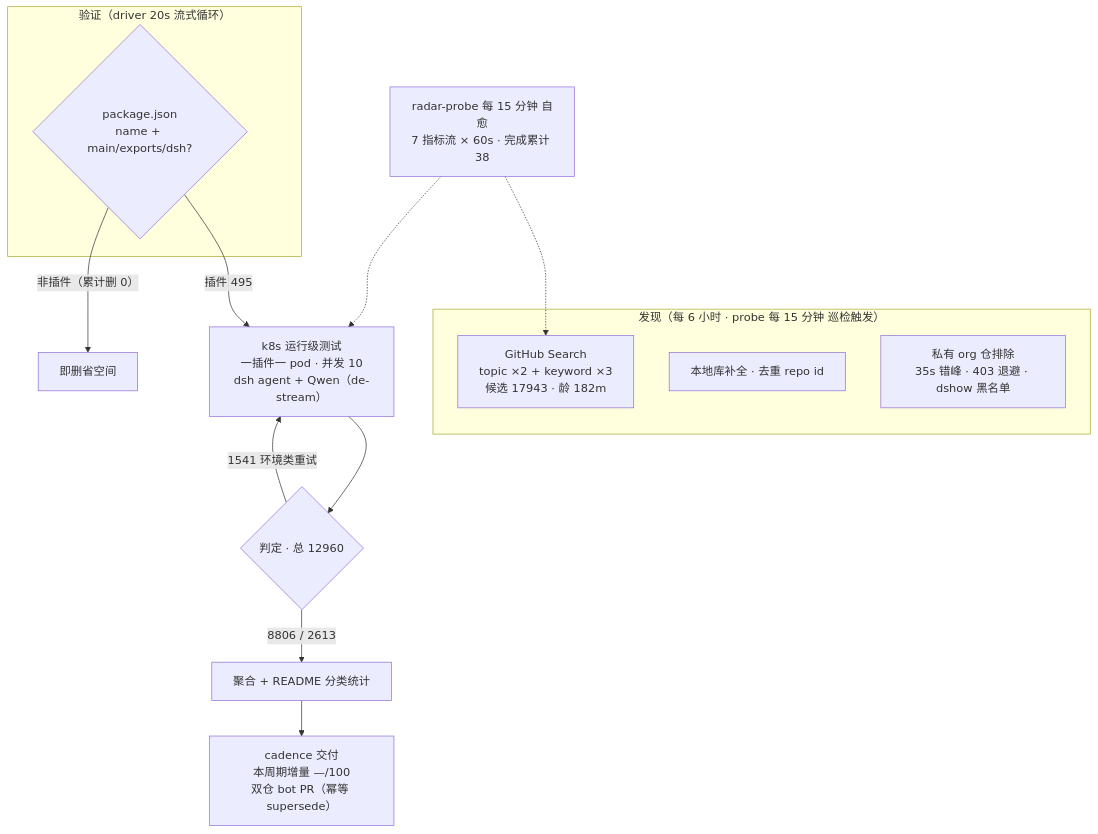
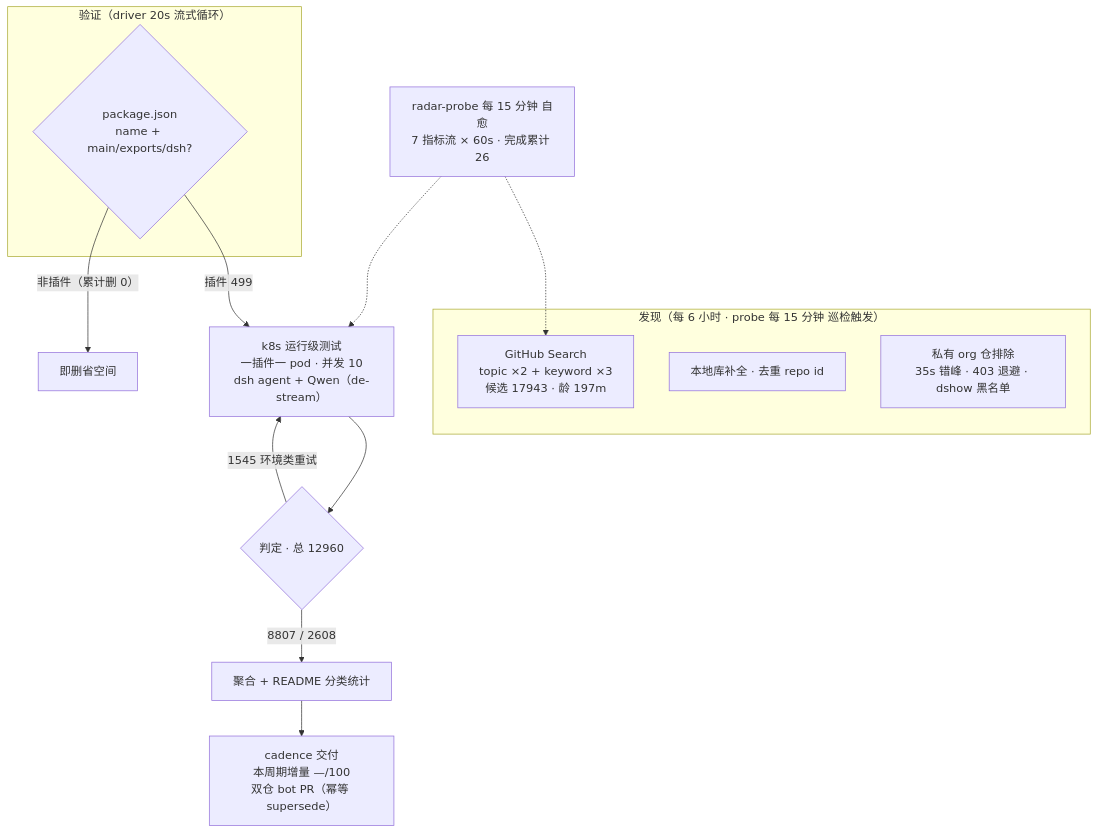
One commit to AdamPlatin123/awesome-dsh-plugins changed the diagram in README.md. Above: the diagram before and after it, drawn with Mermaid. The commit also changed other lines of this file and 5 other files, not shown here.

````diff
--- a/README.md
+++ b/README.md
@@ -52,20 +52,20 @@
 ```mermaid
 flowchart TB
     subgraph Discovery["发现（每 6 小时 · probe 每 15 分钟 巡检触发）"]
-        A1["GitHub Search<br/>topic ×2 + keyword ×3<br/>候选 17943 · 龄 182m"]
+        A1["GitHub Search<br/>topic ×2 + keyword ×3<br/>候选 17943 · 龄 197m"]
         A2["本地库补全 · 去重 repo id"]
         A3["私有 org 仓排除<br/>35s 错峰 · 403 退避 · dshow 黑名单"]
     end
     subgraph Validation["验证（driver 20s 流式循环）"]
         B1{"package.json<br/>name + main/exports/dsh?"}
     end
-    B1 -->|"插件 495"| C1["k8s 运行级测试<br/>一插件一 pod · 并发 10<br/>dsh agent + Qwen（de-stream）"]
+    B1 -->|"插件 499"| C1["k8s 运行级测试<br/>一插件一 pod · 并发 10<br/>dsh agent + Qwen（de-stream）"]
     B1 -->|"非插件（累计删 0）"| B3["即删省空间"]
     C1 --> D1{"判定 · 总 12960"}
-    D1 -->|"8806 / 2613"| E1["聚合 + README 分类统计"]
-    D1 -->|"1541 环境类重试"| C1
+    D1 -->|"8807 / 2608"| E1["聚合 + README 分类统计"]
+    D1 -->|"1545 环境类重试"| C1
     E1 --> E2["cadence 交付<br/>本周期增量 —/100<br/>双仓 bot PR（幂等 supersede）"]
-    M["radar-probe 每 15 分钟 自愈<br/>7 指标流 × 60s · 完成累计 38"]
+    M["radar-probe 每 15 分钟 自愈<br/>7 指标流 × 60s · 完成累计 26"]
     M -.-> A1
     M -.-> C1
 ```
````
